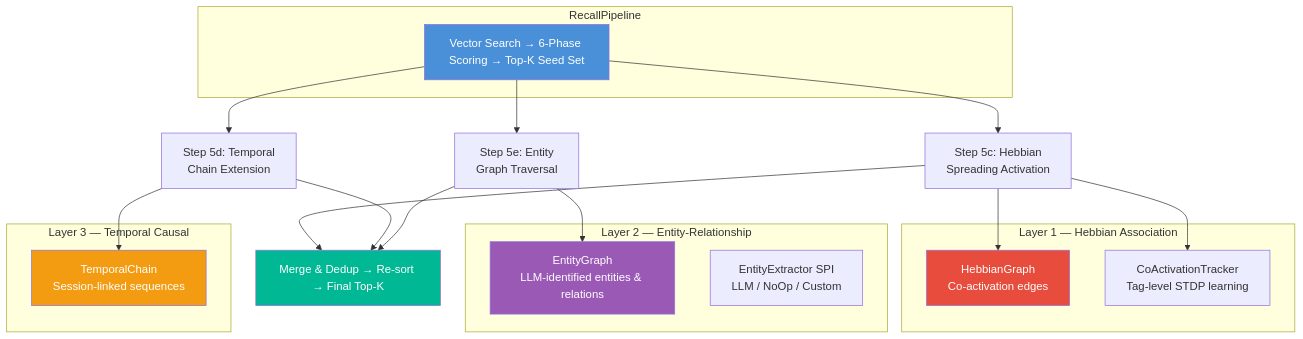
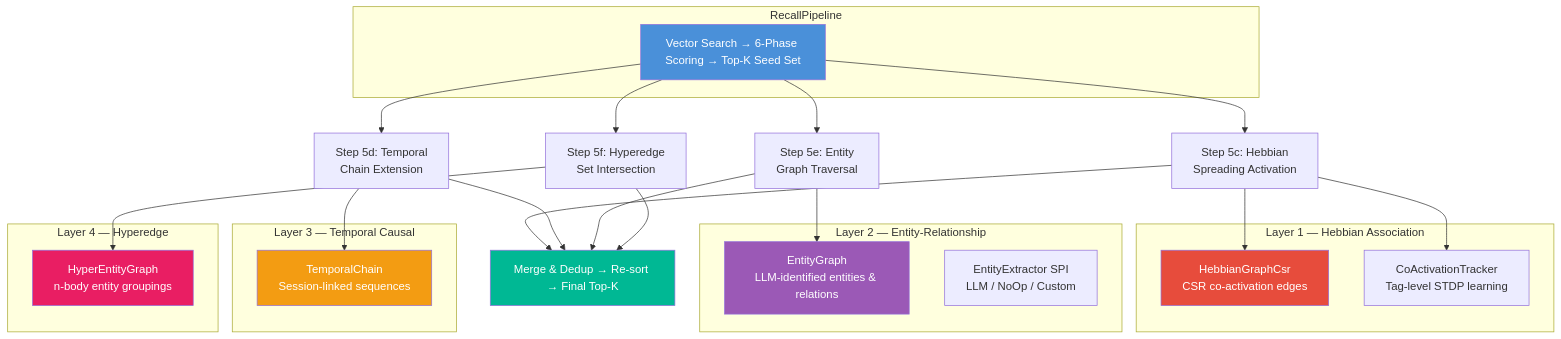
Before and after one commit to spectrayan/spector: the first of 4 diagrams in docs/docs/memory/hebbian.md, drawn with Mermaid. The commit also changed other lines of this file and 6 other files, not shown here.

````diff
--- a/docs/docs/memory/hebbian.md
+++ b/docs/docs/memory/hebbian.md
@@ -14,39 +14,47 @@
 ```mermaid
 graph TB
     subgraph "RecallPipeline"
         RP["Vector Search → 6-Phase Scoring → Top-K Seed Set"]
     end
 
     RP --> S5c["Step 5c: Hebbian<br/>Spreading Activation"]
     RP --> S5d["Step 5d: Temporal<br/>Chain Extension"]
     RP --> S5e["Step 5e: Entity<br/>Graph Traversal"]
+    RP --> S5f["Step 5f: Hyperedge<br/>Set Intersection"]
 
     S5c --> M["Merge & Dedup → Re-sort → Final Top-K"]
     S5d --> M
     S5e --> M
+    S5f --> M
 
     subgraph "Layer 1 — Hebbian Association"
-        HG["HebbianGraph<br/>Co-activation edges"]
+        HG["HebbianGraphCsr<br/>CSR co-activation edges"]
         CAT["CoActivationTracker<br/>Tag-level STDP learning"]
     end
 
     subgraph "Layer 2 — Entity-Relationship"
         EG["EntityGraph<br/>LLM-identified entities & relations"]
         EX["EntityExtractor SPI<br/>LLM / NoOp / Custom"]
     end
 
     subgraph "Layer 3 — Temporal Causal"
         TC["TemporalChain<br/>Session-linked sequences"]
     end
 
+    subgraph "Layer 4 — Hyperedge"
+        HEG["HyperEntityGraph<br/>n-body entity groupings"]
+    end
+
     S5c --> HG
     S5c --> CAT
     S5d --> TC
     S5e --> EG
+    S5f --> HEG
 
     style RP fill:#4a90d9,color:white
     style M fill:#00b894,color:white
     style HG fill:#e74c3c,color:white
     style EG fill:#9b59b6,color:white
     style TC fill:#f39c12,color:white
+    style HEG fill:#e91e63,color:white
 ```
````
